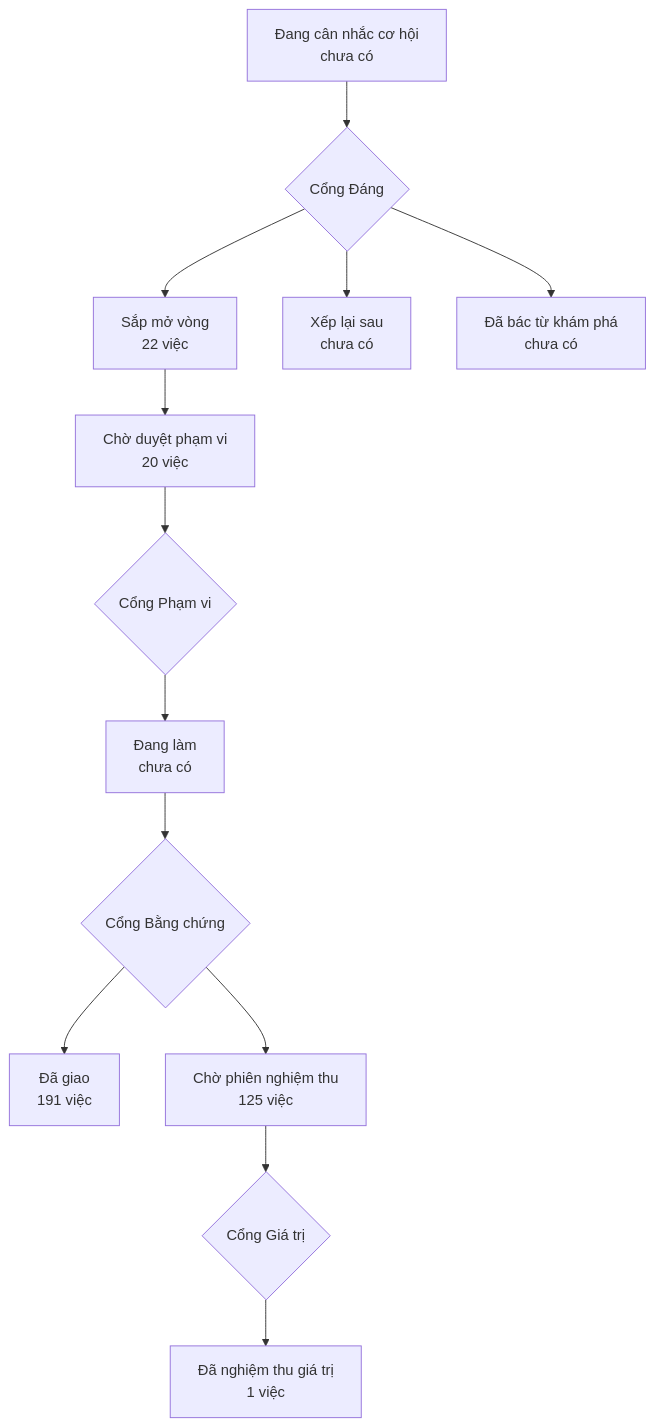
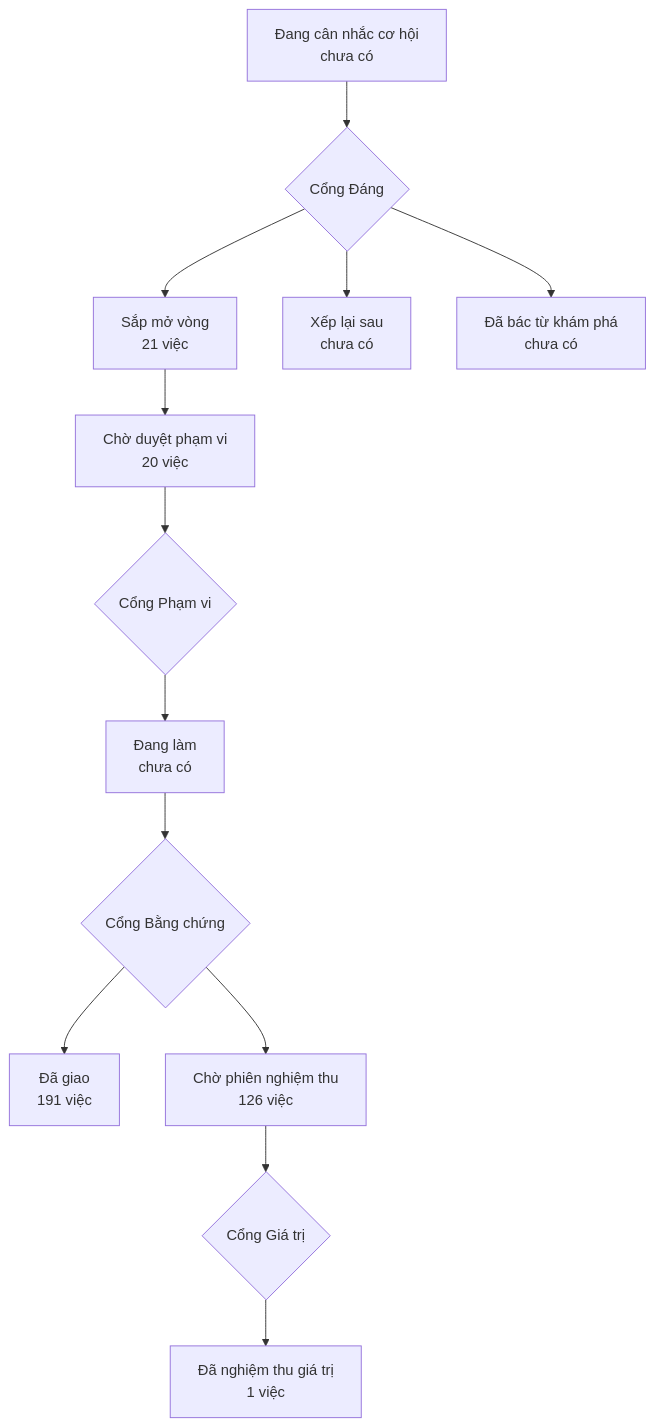
One commit to phanlemanh/onehub-invest changed the diagram in PRODUCT-MAP.md. Above: the diagram before and after it, drawn with Mermaid. The commit also changed other lines of this file and 57 other files, not shown here.

First line of the commit message:
bang-hang-gia-m2: Mỗi tin đang rao có giá trị hợp lệ mang hạng trong nhóm sâu nhất đủ căn (hôm nay phường × loại × bán/t (#456)

````diff
--- a/PRODUCT-MAP.md
+++ b/PRODUCT-MAP.md
@@ -7,12 +7,12 @@
 ```mermaid
 flowchart TD
   A["Đang cân nhắc cơ hội<br/>chưa có"] --> GD{"Cổng Đáng"}
-  GD --> B["Sắp mở vòng<br/>22 việc"]
+  GD --> B["Sắp mở vòng<br/>21 việc"]
   GD --> XL["Xếp lại sau<br/>chưa có"]
   GD --> DB["Đã bác từ khám phá<br/>chưa có"]
   B --> CD["Chờ duyệt phạm vi<br/>20 việc"] --> GP{"Cổng Phạm vi"}
   GP --> DL["Đang làm<br/>chưa có"] --> GB{"Cổng Bằng chứng"}
   GB --> DG["Đã giao<br/>191 việc"]
-  GB --> CN["Chờ phiên nghiệm thu<br/>125 việc"] --> GG{"Cổng Giá trị"}
+  GB --> CN["Chờ phiên nghiệm thu<br/>126 việc"] --> GG{"Cổng Giá trị"}
   GG --> NT["Đã nghiệm thu giá trị<br/>1 việc"]
 ```
````
